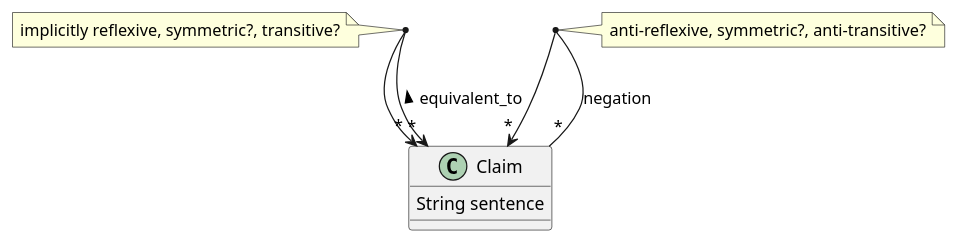
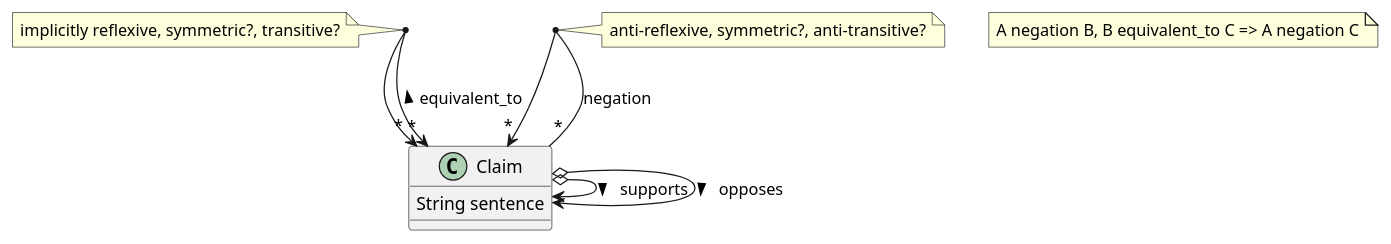
The diagram in diagram/tim.puml (canonical-debate-lab/cd-domain-model), drawn with PlantUML before and after one commit. The commit also changed 1 other file, not shown here.

```diff
--- a/diagram/tim.puml
+++ b/diagram/tim.puml
@@ -1,21 +1,29 @@
 @startuml
 
 class Claim {
   String sentence
   ' String negation_sentence  (must be != sentence)
 }
 
 Claim "*" <-> "*" Claim : > equivalent_to
 note  "implicitly reflexive, symmetric?, transitive?" as N2
 (Claim, Claim) .. N2
 
 '(Claim, Claim) . ClaimEquivalence
 'ClaimEquivalenceClass o-> "*" Claim
 
 'ClaimEquivalence "*" -> "*" ClaimEquivalence : > negation
 
 Claim "*" -> "*" Claim : > negation
 note  "anti-reflexive, symmetric?, anti-transitive?" as N1
 (Claim, Claim) .. N1
 
+Claim o-> Claim : > supports
+note "A negation B, B equivalent_to C => A negation C" as N3
+'(Claim, Claim) .. N3
+
+Claim o-> Claim : > opposes
+' (Claim, Claim) .. N4
+
+
 @enduml
```
